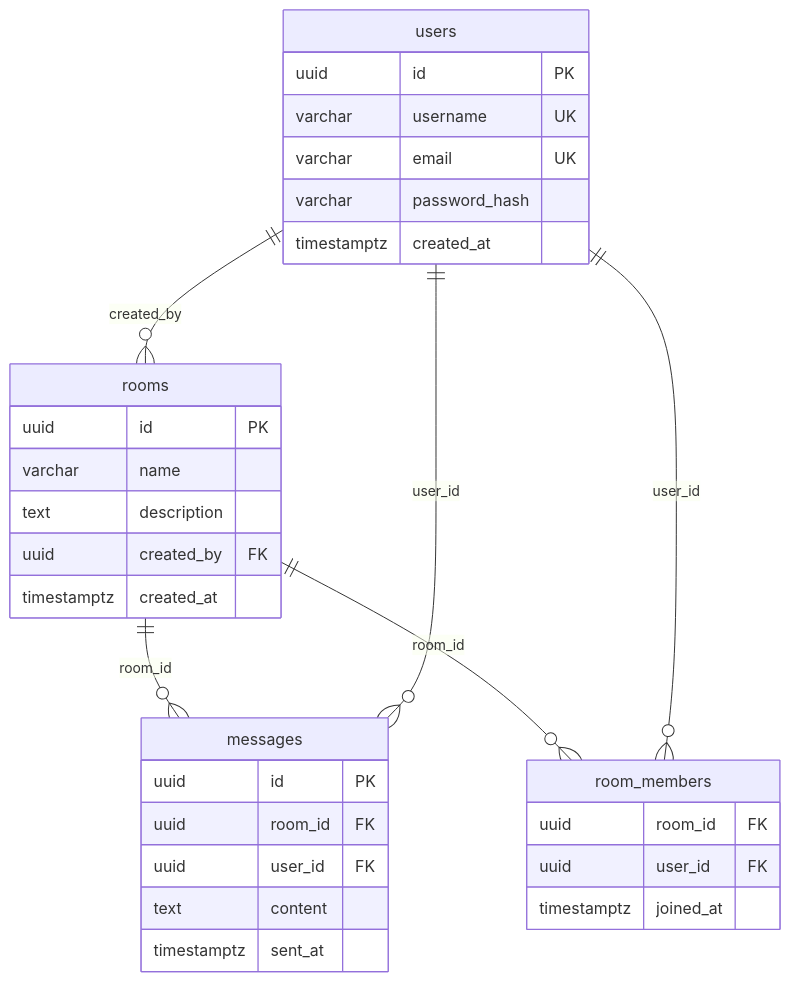
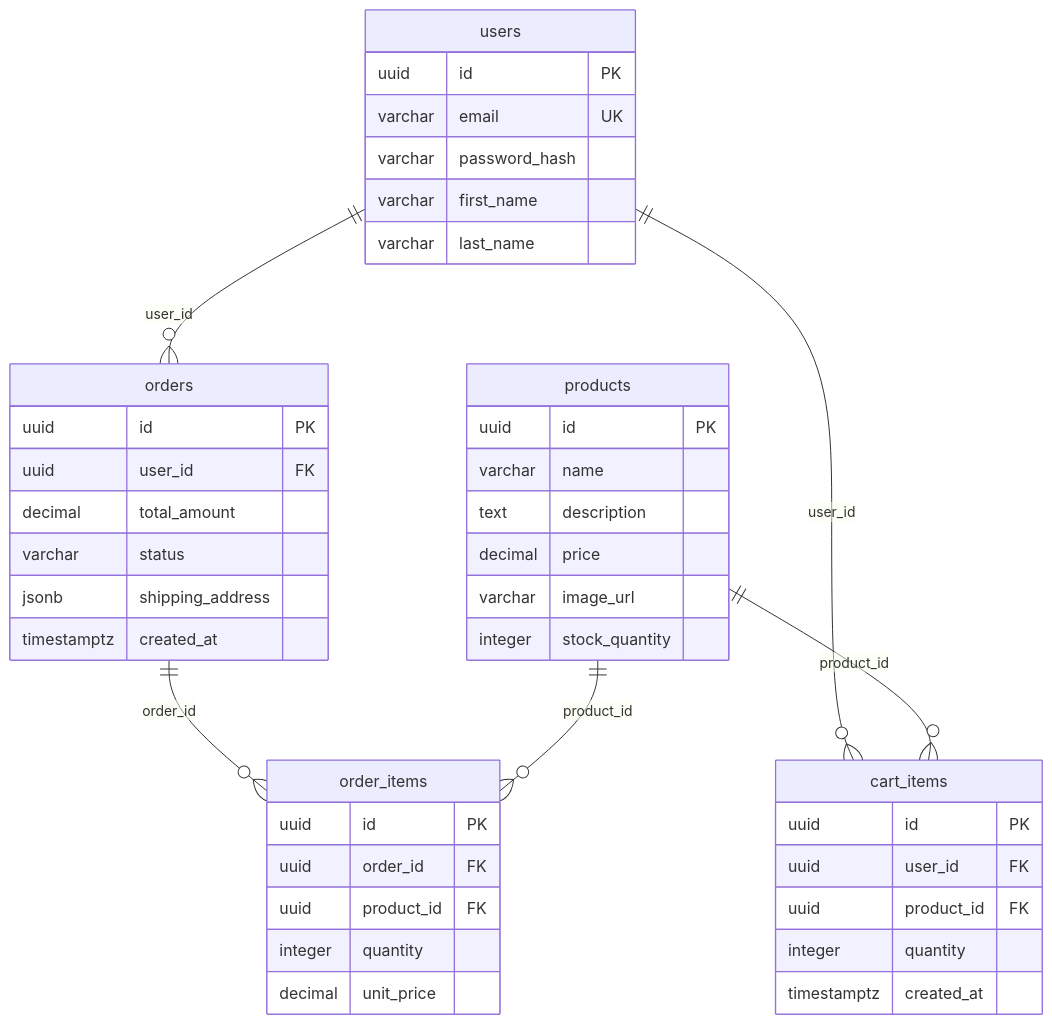
One commit to pajarrrs/mr-template changed the diagram in .prd/PRD.md. Above: the diagram before and after it, drawn with Mermaid. The commit also changed other lines of this file and 9 other files, not shown here.

````diff
--- a/.prd/PRD.md
+++ b/.prd/PRD.md
@@ -132,34 +112,45 @@
 ```mermaid
 erDiagram
-  users {
-    uuid id PK
-    varchar username UK
-    varchar email UK
-    varchar password_hash
-    timestamptz created_at
-  }
-  rooms {
+  products {
     uuid id PK
     varchar name
     text description
-    uuid created_by FK
+    decimal price
+    varchar image_url
+    integer stock_quantity
+  }
+  users {
+    uuid id PK
+    varchar email UK
+    varchar password_hash
+    varchar first_name
+    varchar last_name
+  }
+  orders {
+    uuid id PK
+    uuid user_id FK
+    decimal total_amount
+    varchar status
+    jsonb shipping_address
     timestamptz created_at
   }
-  messages {
+  order_items {
     uuid id PK
-    uuid room_id FK
+    uuid order_id FK
+    uuid product_id FK
+    integer quantity
+    decimal unit_price
+  }
+  cart_items {
+    uuid id PK
     uuid user_id FK
-    text content
-    timestamptz sent_at
+    uuid product_id FK
+    integer quantity
+    timestamptz created_at
   }
-  room_members {
-    uuid room_id FK
-    uuid user_id FK
-    timestamptz joined_at
-  }
-  users ||--o{ rooms : "created_by"
-  rooms ||--o{ messages : "room_id"
-  users ||--o{ messages : "user_id"
-  rooms ||--o{ room_members : "room_id"
-  users ||--o{ room_members : "user_id"
+  users ||--o{ orders : "user_id"
+  orders ||--o{ order_items : "order_id"
+  products ||--o{ order_items : "product_id"
+  users ||--o{ cart_items : "user_id"
+  products ||--o{ cart_items : "product_id"
 ```
````
